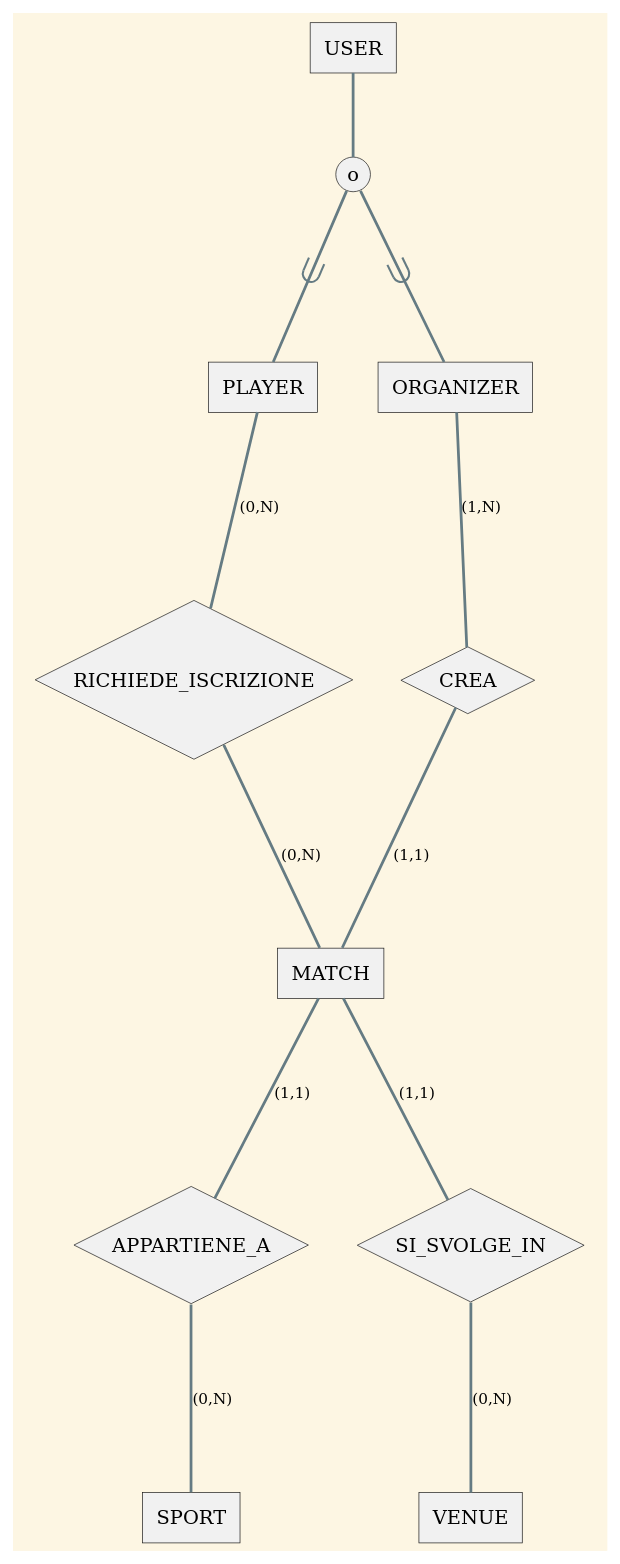
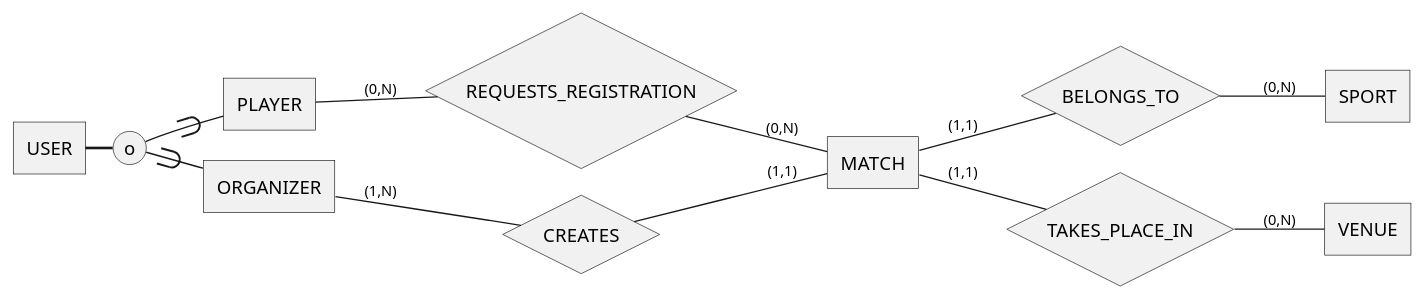
Before and after one commit to MarianiFabio/sport-matchmaker-flutter: the diagram in UML/ERWithoutAttributes.puml, drawn with PlantUML. The commit also changed 24 other files, not shown here.

Commit message:
Ultime modifiche UML e tentativo di collegare DB a App

```diff
--- a/UML/ERWithoutAttributes.puml
+++ b/UML/ERWithoutAttributes.puml
@@ -1,47 +1,48 @@
 @startchen
-!theme sunlust
+left to right direction
 
+skinparam nodesep 20
+skinparam ranksep 20
 
 entity USER {
 }
 entity PLAYER {
 }
 entity ORGANIZER {
 }
 
-' Generalizzazione
+' Generalization
 USER =>= o { PLAYER, ORGANIZER }
 
 entity MATCH {
 }
 
-relationship RICHIEDE_ISCRIZIONE {
+relationship REQUESTS_REGISTRATION {
 }
-relationship CREA {
+relationship CREATES {
 }
 
-' Collegamenti Utenti -> Relazioni -> Match
-PLAYER -(0,N)- RICHIEDE_ISCRIZIONE
-RICHIEDE_ISCRIZIONE -(0,N)- MATCH
+' User -> Relationship -> Match Connections
+PLAYER -(0,N)- REQUESTS_REGISTRATION
+REQUESTS_REGISTRATION -(0,N)- MATCH
 
-ORGANIZER -(1,N)- CREA
-CREA -(1,1)- MATCH
+ORGANIZER -(1,N)- CREATES
+CREATES -(1,1)- MATCH
 
-' Relazioni e cataloghi
 entity SPORT {
 }
-relationship APPARTIENE_A {
+relationship BELONGS_TO {
 }
 
 entity VENUE {
 }
-relationship SI_SVOLGE_IN {
+relationship TAKES_PLACE_IN {
 }
 
-MATCH -(1,1)- APPARTIENE_A
-APPARTIENE_A -(0,N)- SPORT
+MATCH -(1,1)- BELONGS_TO
+BELONGS_TO -(0,N)- SPORT
 
-MATCH -(1,1)- SI_SVOLGE_IN
-SI_SVOLGE_IN -(0,N)- VENUE
+MATCH -(1,1)- TAKES_PLACE_IN
+TAKES_PLACE_IN -(0,N)- VENUE
 
 @endchen
```
